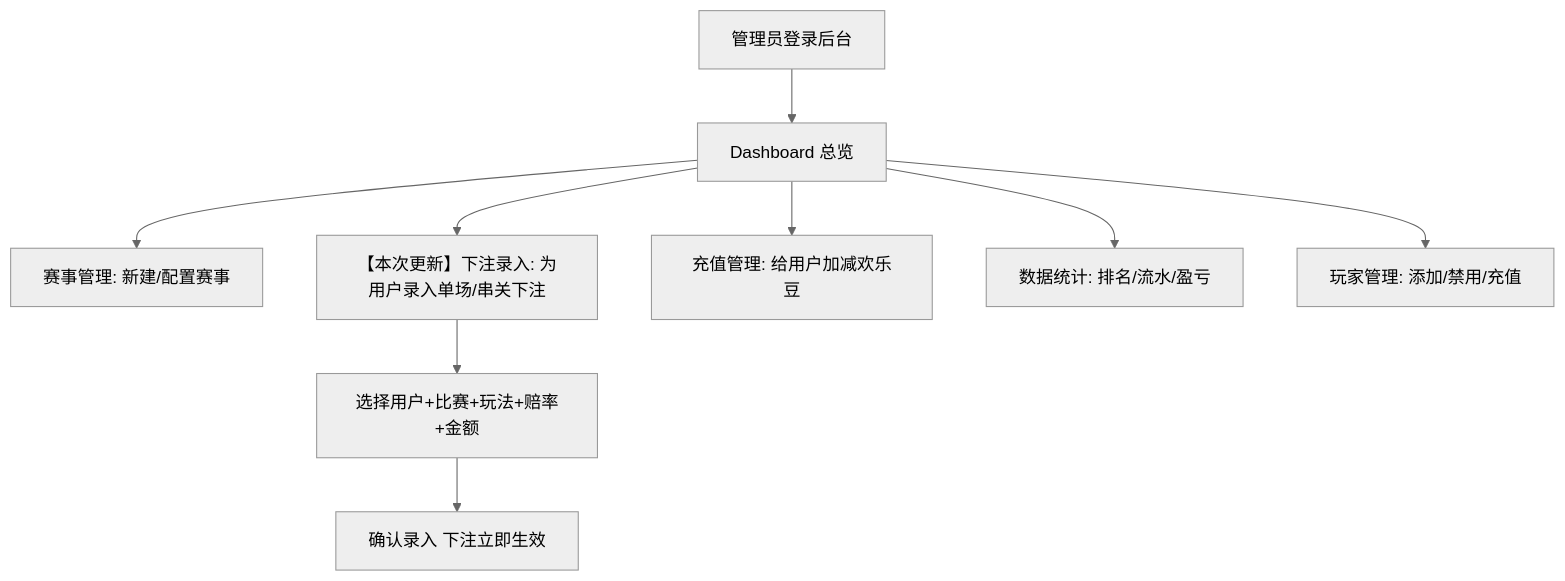
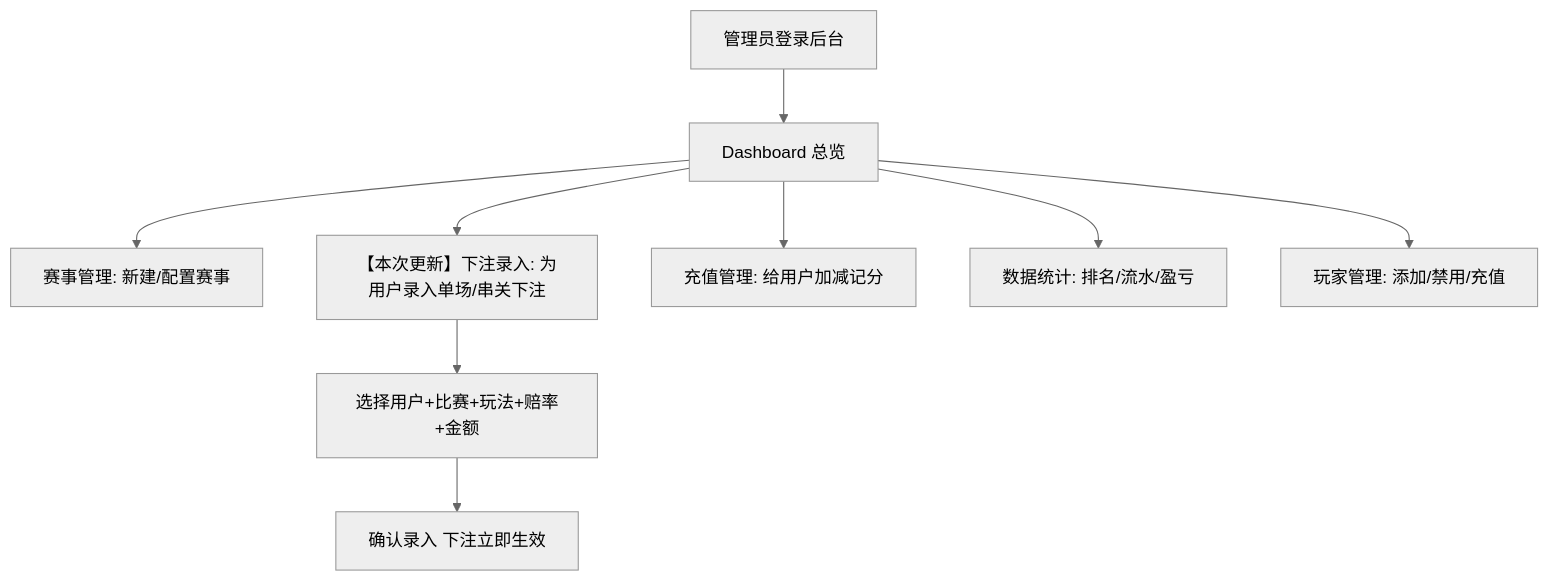
The second of 2 diagrams in PRD.md (denghf/worldcupweb), drawn with Mermaid (neutral theme) before and after one commit. The commit also changed other lines of this file and 22 other files, not shown here.

````diff
--- a/PRD.md
+++ b/PRD.md
@@ -112,11 +112,11 @@
 ```mermaid
 flowchart TD
     A[管理员登录后台] --> B[Dashboard 总览]
     B --> C1[赛事管理: 新建/配置赛事]
     B --> C2[【本次更新】下注录入: 为用户录入单场/串关下注]
-    B --> C3[充值管理: 给用户加减欢乐豆]
+    B --> C3[充值管理: 给用户加减记分]
     B --> C4[数据统计: 排名/流水/盈亏]
     C2 --> D[选择用户+比赛+玩法+赔率+金额]
     D --> E[确认录入 下注立即生效]
     B --> F[玩家管理: 添加/禁用/充值]
 ```
````
